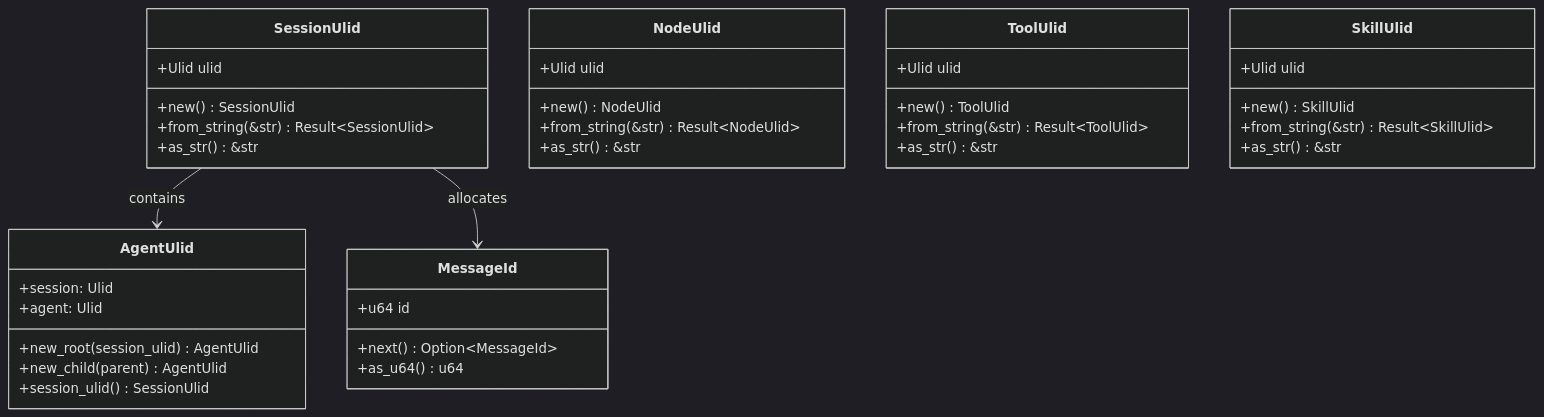
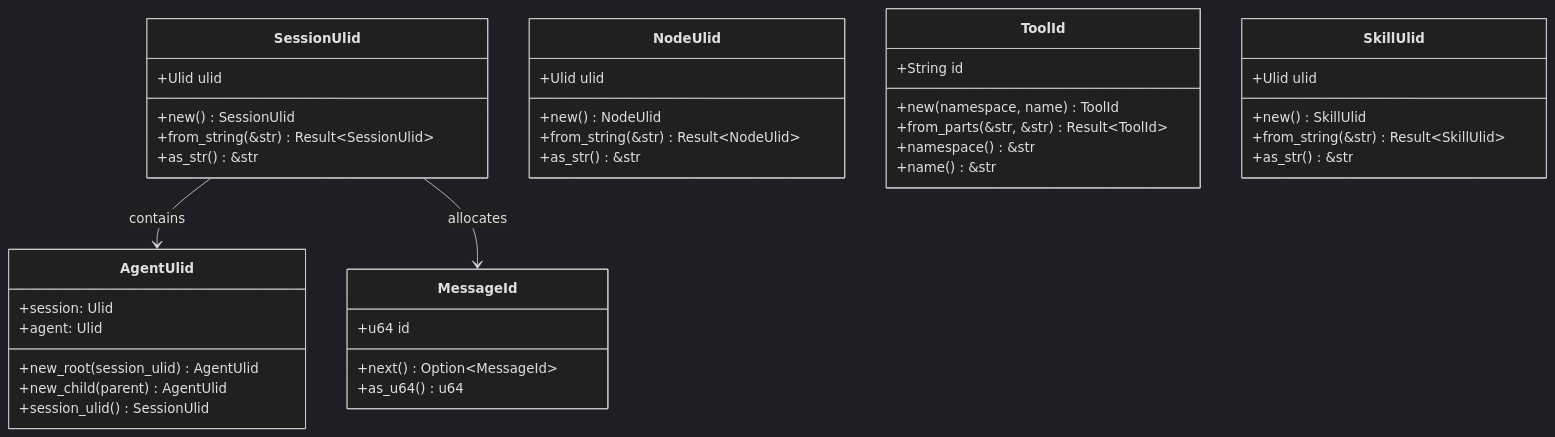
The first of 5 diagrams in progress/TECH-SESSION.md (MiyakoMeow/neco), drawn with Mermaid (dark theme) before and after one commit. The commit also changed other lines of this file and 2 other files, not shown here.

Commit message:
fix: 继续修复技术文档一致性问题
- TECH-SESSION.md: ToolUlid改为ToolId，使用String类型
- TECH-AGENT.md: spawn_child时序图使用正确的命名
- TECH-TOOL.md: 澄清ToolUlid是静态命名空间标识符

````diff
--- a/progress/TECH-SESSION.md
+++ b/progress/TECH-SESSION.md
@@ -16,47 +16,48 @@
 ```mermaid
 classDiagram
     class SessionUlid {
         +Ulid ulid
         +new() SessionUlid
         +from_string(&str) Result~SessionUlid~
         +as_str() &str
     }
     
     class AgentUlid {
         +session: Ulid
         +agent: Ulid
         +new_root(session_ulid) AgentUlid
         +new_child(parent) AgentUlid
         +session_ulid() SessionUlid
     }
     
     class MessageId {
         +u64 id
         +next() Option~MessageId~
         +as_u64() u64
     }
     
     class NodeUlid {
         +Ulid ulid
         +new() NodeUlid
         +from_string(&str) Result~NodeUlid~
         +as_str() &str
     }
     
-    class ToolUlid {
-        +Ulid ulid
-        +new() ToolUlid
-        +from_string(&str) Result~ToolUlid~
-        +as_str() &str
+    class ToolId {
+        +String id
+        +new(namespace, name) ToolId
+        +from_parts(&str, &str) Result~ToolId~
+        +namespace() &str
+        +name() &str
     }
     
     class SkillUlid {
         +Ulid ulid
         +new() SkillUlid
         +from_string(&str) Result~SkillUlid~
         +as_str() &str
     }
     
     SessionUlid --> AgentUlid : contains
     SessionUlid --> MessageId : allocates
 ```
````
